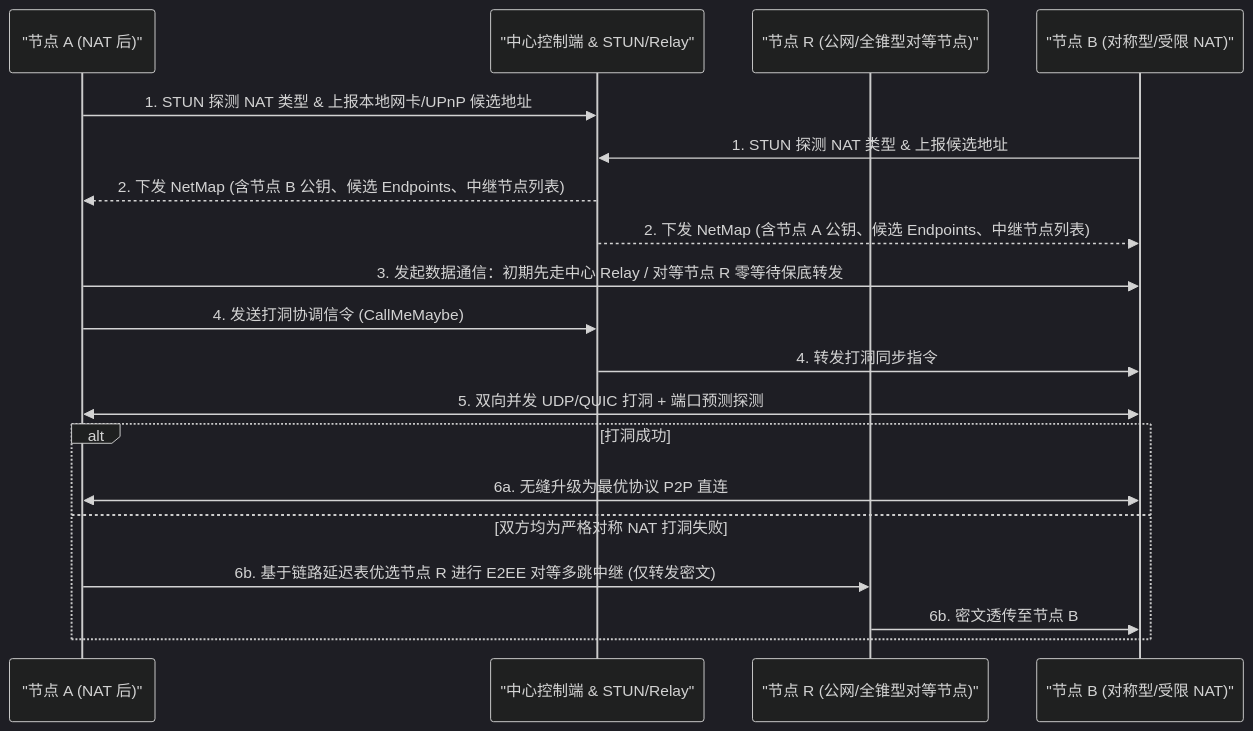
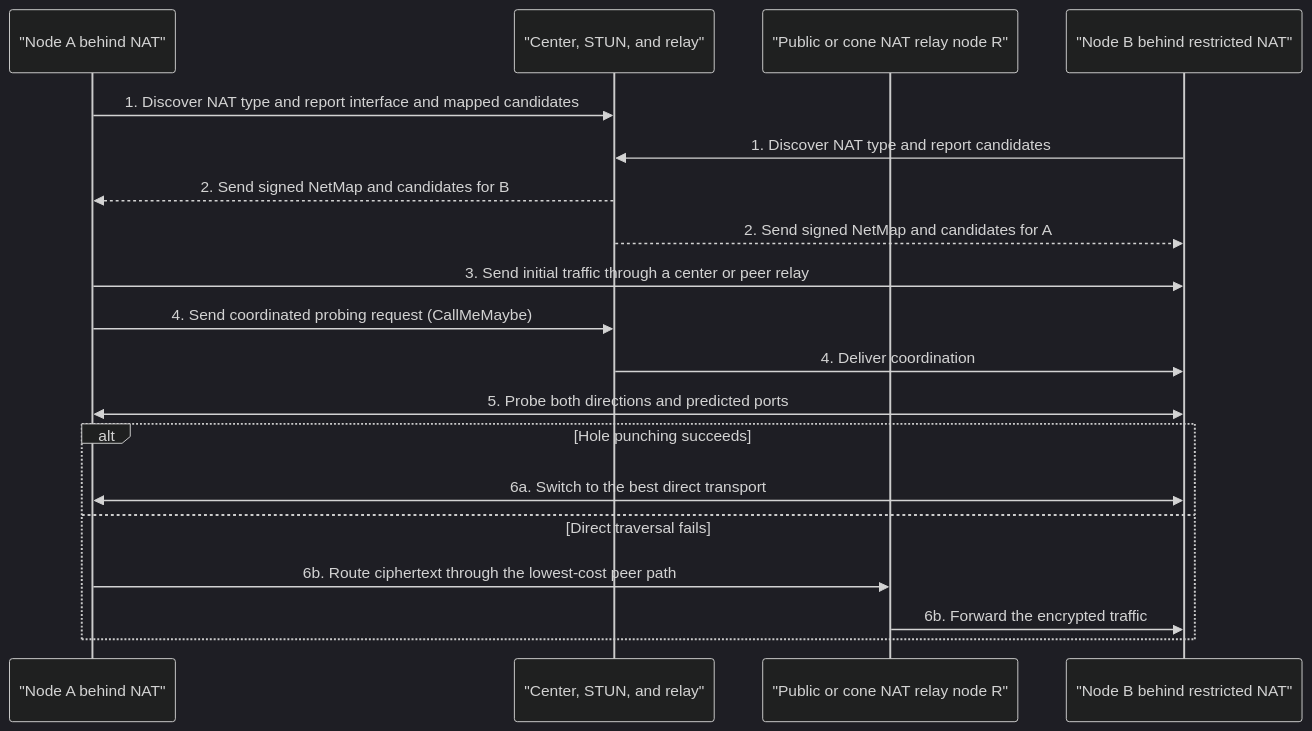
One commit to ackwrap/acktier changed the second of 2 diagrams in docs/PROJECT_PLAN.md. Above: the diagram before and after it, drawn with Mermaid (dark theme). The commit also changed other lines of this file and 23 other files, not shown here.

````diff
--- a/docs/PROJECT_PLAN.md
+++ b/docs/PROJECT_PLAN.md
@@ -98,22 +95,22 @@
 ```mermaid
 sequenceDiagram
-    participant NodeA as "节点 A (NAT 后)"
-    participant Server as "中心控制端 & STUN/Relay"
-    participant PeerR as "节点 R (公网/全锥型对等节点)"
-    participant NodeB as "节点 B (对称型/受限 NAT)"
+    participant NodeA as "Node A behind NAT"
+    participant Server as "Center, STUN, and relay"
+    participant PeerR as "Public or cone NAT relay node R"
+    participant NodeB as "Node B behind restricted NAT"
 
-    NodeA->>Server: 1. STUN 探测 NAT 类型 & 上报本地网卡/UPnP 候选地址
-    NodeB->>Server: 1. STUN 探测 NAT 类型 & 上报候选地址
-    Server-->>NodeA: 2. 下发 NetMap (含节点 B 公钥、候选 Endpoints、中继节点列表)
-    Server-->>NodeB: 2. 下发 NetMap (含节点 A 公钥、候选 Endpoints、中继节点列表)
-    NodeA->>NodeB: 3. 发起数据通信：初期先走中心 Relay / 对等节点 R 零等待保底转发
-    NodeA->>Server: 4. 发送打洞协调信令 (CallMeMaybe)
-    Server->>NodeB: 4. 转发打洞同步指令
-    NodeA<<->>NodeB: 5. 双向并发 UDP/QUIC 打洞 + 端口预测探测
-    alt 打洞成功
-        NodeA<<->>NodeB: 6a. 无缝升级为最优协议 P2P 直连
-    else 双方均为严格对称 NAT 打洞失败
-        NodeA->>PeerR: 6b. 基于链路延迟表优选节点 R 进行 E2EE 对等多跳中继 (仅转发密文)
-        PeerR->>NodeB: 6b. 密文透传至节点 B
+    NodeA->>Server: 1. Discover NAT type and report interface and mapped candidates
+    NodeB->>Server: 1. Discover NAT type and report candidates
+    Server-->>NodeA: 2. Send signed NetMap and candidates for B
+    Server-->>NodeB: 2. Send signed NetMap and candidates for A
+    NodeA->>NodeB: 3. Send initial traffic through a center or peer relay
+    NodeA->>Server: 4. Send coordinated probing request (CallMeMaybe)
+    Server->>NodeB: 4. Deliver coordination
+    NodeA<<->>NodeB: 5. Probe both directions and predicted ports
+    alt Hole punching succeeds
+        NodeA<<->>NodeB: 6a. Switch to the best direct transport
+    else Direct traversal fails
+        NodeA->>PeerR: 6b. Route ciphertext through the lowest-cost peer path
+        PeerR->>NodeB: 6b. Forward the encrypted traffic
     end
 ```
````
